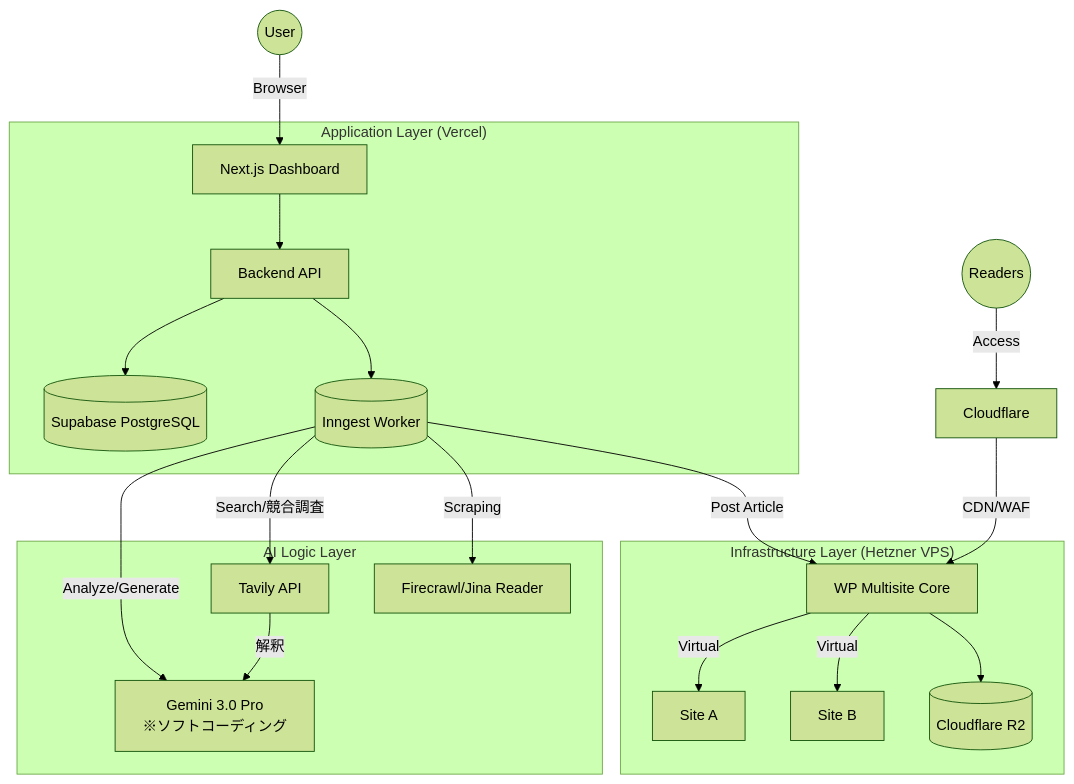
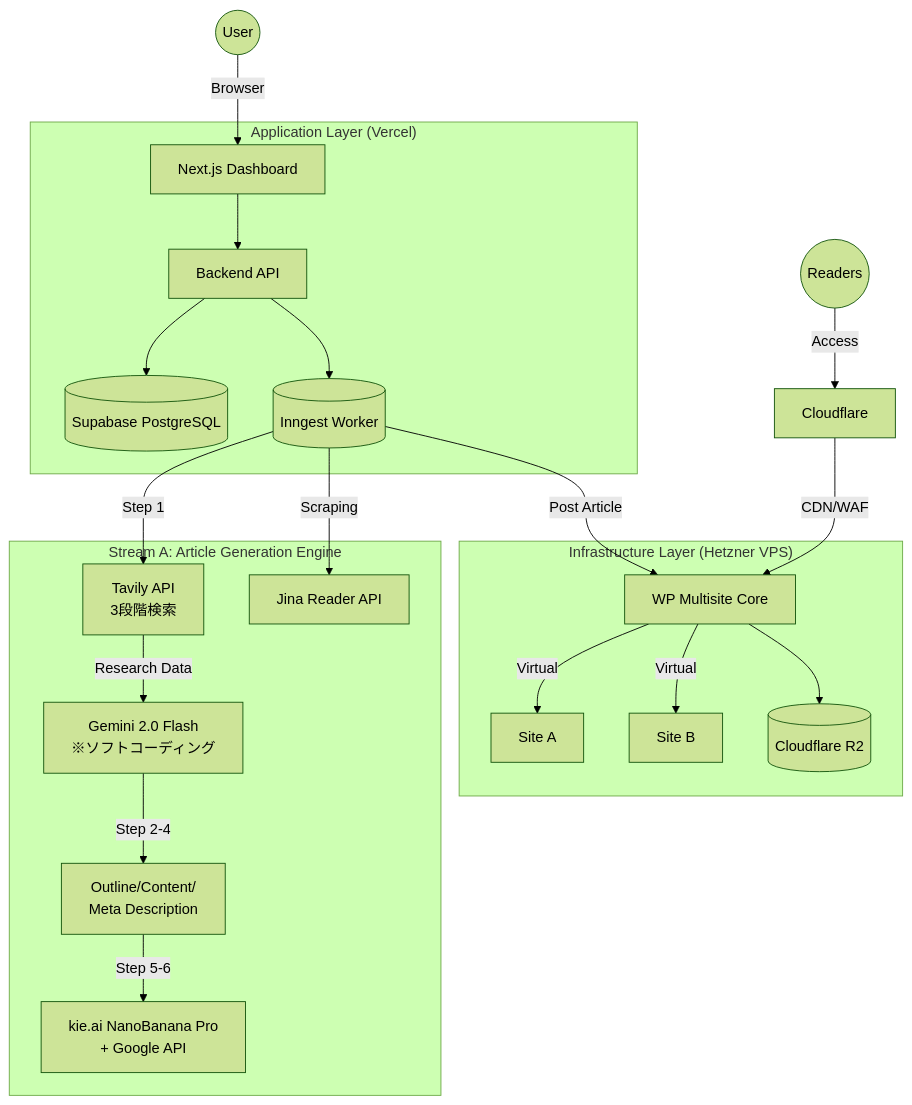
The first of 2 diagrams in docs/architecture/00_Master_Architecture.md (nakia73/AutoWordPress), drawn with Mermaid (forest theme) before and after one commit. The commit also changed other lines of this file and 57 other files, not shown here.

````diff
--- a/docs/architecture/00_Master_Architecture.md
+++ b/docs/architecture/00_Master_Architecture.md
@@ -104,27 +106,28 @@
 ```mermaid
 graph TD
     User((User)) -->|Browser| Dashboard[Next.js Dashboard]
 
     subgraph "Application Layer (Vercel)"
         Dashboard --> API[Backend API]
         API --> DB[(Supabase PostgreSQL)]
         API --> Inngest[(Inngest Worker)]
     end
 
-    subgraph "AI Logic Layer"
-        Inngest -->|Analyze/Generate| LLM[Gemini 3.0 Pro<br/>※ソフトコーディング]
-        Inngest -->|Search/競合調査| Search[Tavily API]
-        Search -->|解釈| LLM
-        Inngest -->|Scraping| Scraper[Firecrawl/Jina Reader]
+    subgraph "Stream A: Article Generation Engine"
+        Inngest -->|Step 1| Tavily[Tavily API<br/>3段階検索]
+        Tavily -->|Research Data| LLM[Gemini 2.0 Flash<br/>※ソフトコーディング]
+        LLM -->|Step 2-4| Content[Outline/Content/<br/>Meta Description]
+        Content -->|Step 5-6| ImageGen[kie.ai NanoBanana Pro<br/>+ Google API]
+        Inngest -->|Scraping| Scraper[Jina Reader API]
     end
 
     subgraph "Infrastructure Layer (Hetzner VPS)"
         Inngest -->|Post Article| WP_Multi[WP Multisite Core]
         WP_Multi -->|Virtual| SiteA[Site A]
         WP_Multi -->|Virtual| SiteB[Site B]
         WP_Multi --> R2[(Cloudflare R2)]
     end
 
     Public((Readers)) -->|Access| Cloudflare
     Cloudflare -->|CDN/WAF| WP_Multi
 ```
````
